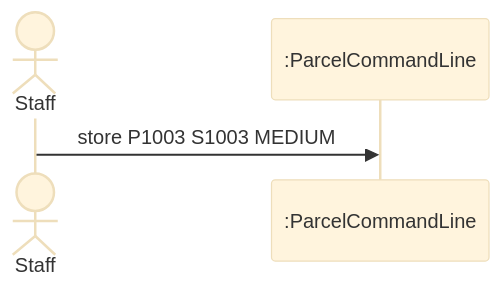
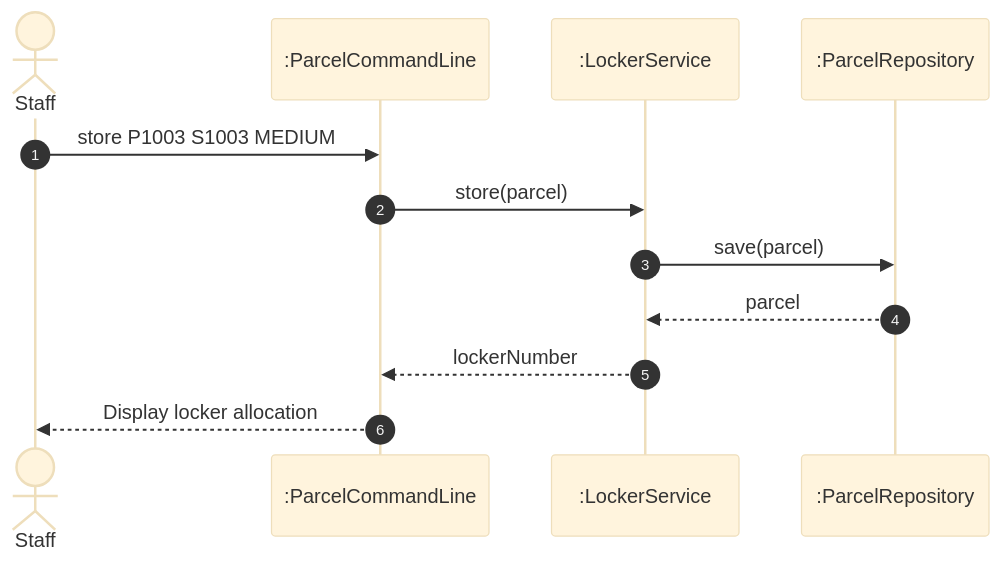
The third of 3 diagrams in LAB_REPORT.md (Earnpemi/itcs382-h2-lab), drawn with Mermaid (base theme) before and after one commit. The commit also changed other lines of this file, not shown here.

````diff
--- a/LAB_REPORT.md
+++ b/LAB_REPORT.md
@@ -90,6 +157,15 @@
 ```mermaid
 sequenceDiagram
+    autonumber
     actor Staff
     participant cli as :ParcelCommandLine
+    participant service as :LockerService
+    participant repository as :ParcelRepository
+
     Staff->>cli: store P1003 S1003 MEDIUM
+    cli->>service: store(parcel)
+    service->>repository: save(parcel)
+    repository-->>service: parcel
+    service-->>cli: lockerNumber
+    cli-->>Staff: Display locker allocation
 ```
````
